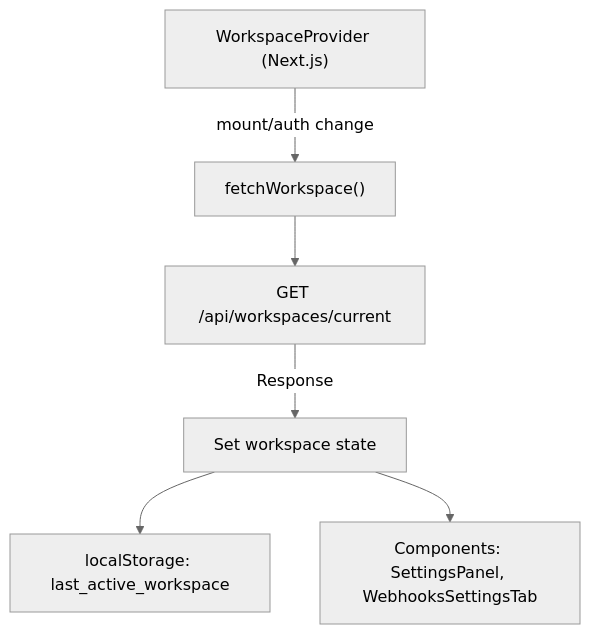
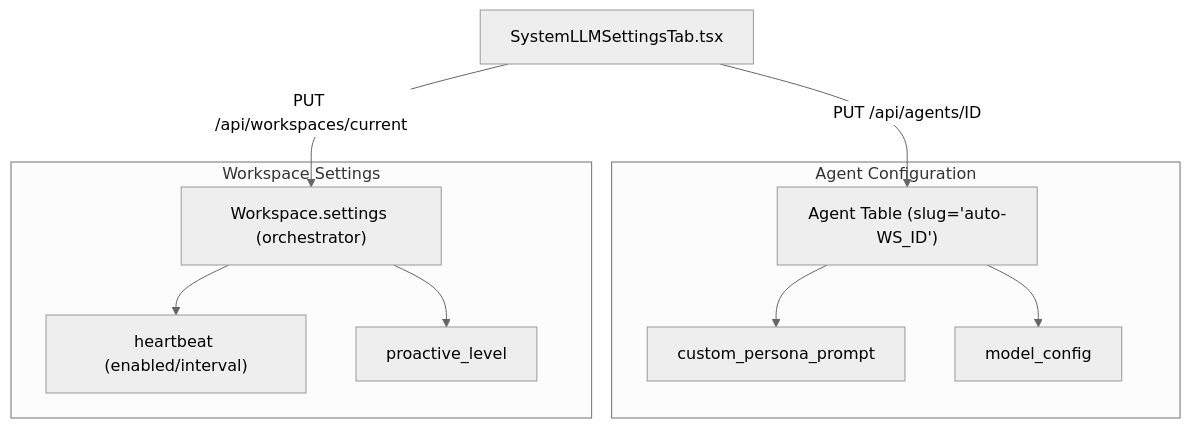
One commit to AutomatosAI/automatos-ai changed the third of 3 diagrams in docs/authentication-multi-tenancy/workspace-management.md. Above: the diagram before and after it, drawn with Mermaid (neutral theme). The commit also changed other lines of this file and 153 other files, not shown here.

````diff
--- a/docs/authentication-multi-tenancy/workspace-management.md
+++ b/docs/authentication-multi-tenancy/workspace-management.md
@@ -193,15 +167,19 @@
 ```mermaid
-graph TB
-    Provider["WorkspaceProvider (Next.js)"]
-    FetchWS["fetchWorkspace()"]
-    API["GET /api/workspaces/current"]
-    LocalStorage["localStorage: last_active_workspace"]
-    
-    Provider -->|mount/auth change| FetchWS
-    FetchWS --> API
-    API -->|Response| SetState["Set workspace state"]
-    SetState --> LocalStorage
-    
-    UI["Components: SettingsPanel, WebhooksSettingsTab"]
-    SetState --> UI
+graph TD
+    UI["SystemLLMSettingsTab.tsx"]
+    AgentRow["Agent Table (slug='auto-WS_ID')"]
+    WSSettings["Workspace.settings (orchestrator)"]
+
+    UI -->|PUT /api/agents/ID| AgentRow
+    UI -->|PUT /api/workspaces/current| WSSettings
+
+    subgraph "Agent Configuration"
+        AgentRow --> Personality["custom_persona_prompt"]
+        AgentRow --> LLM["model_config"]
+    end
+
+    subgraph "Workspace Settings"
+        WSSettings --> HB["heartbeat (enabled/interval)"]
+        WSSettings --> Proactive["proactive_level"]
+    end
 ```
````
